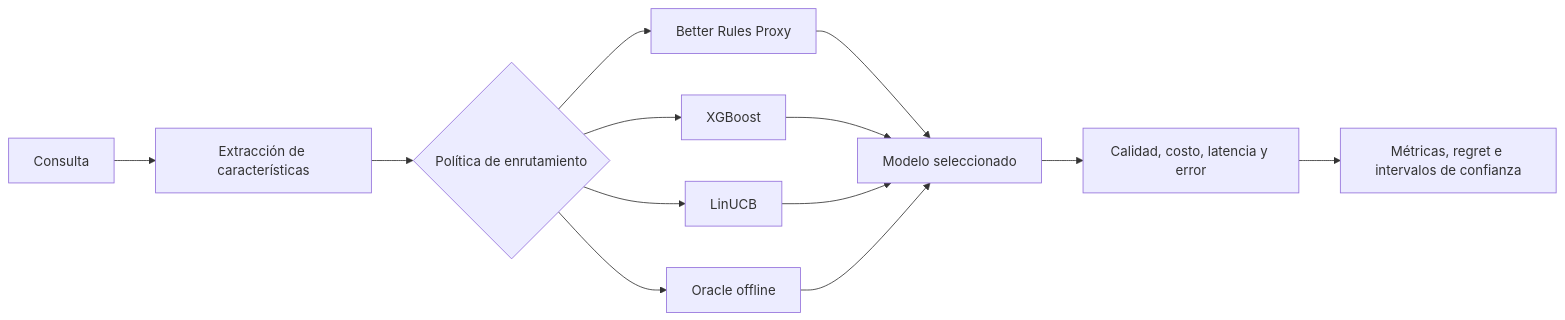
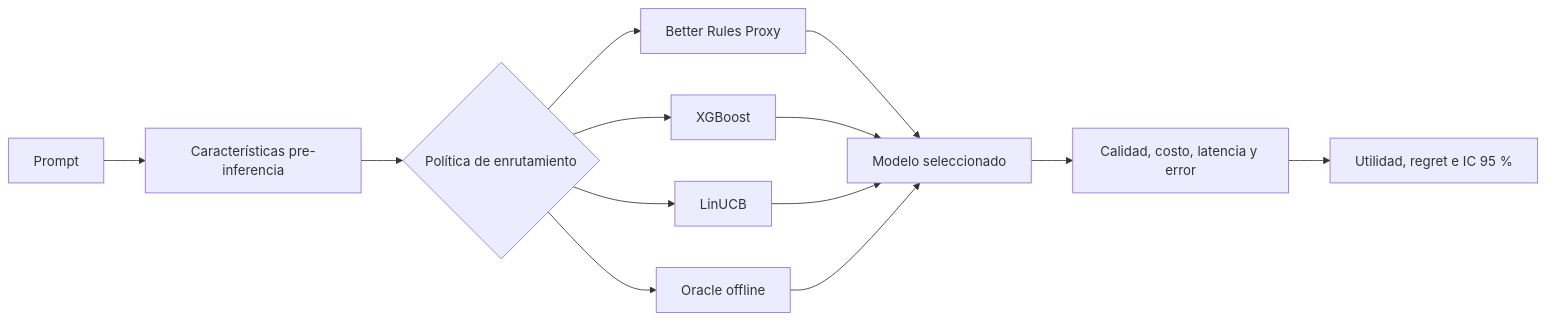
One commit to FitoFritzG/better-router-adaptive-research changed the first of 2 diagrams in README.md. Above: the diagram before and after it, drawn with Mermaid. The commit also changed other lines of this file and 50 other files, not shown here.

````diff
--- a/README.md
+++ b/README.md
@@ -40,15 +30,15 @@
 ```mermaid
 flowchart LR
-    A[Consulta] --> B[Extracción de características]
+    A[Prompt] --> B[Características pre-inferencia]
     B --> C{Política de enrutamiento}
     C --> D[Better Rules Proxy]
     C --> E[XGBoost]
     C --> F[LinUCB]
     C --> G[Oracle offline]
     D --> H[Modelo seleccionado]
     E --> H
     F --> H
     G --> H
     H --> I[Calidad, costo, latencia y error]
-    I --> J[Métricas, regret e intervalos de confianza]
+    I --> J[Utilidad, regret e IC 95 %]
 ```
````
